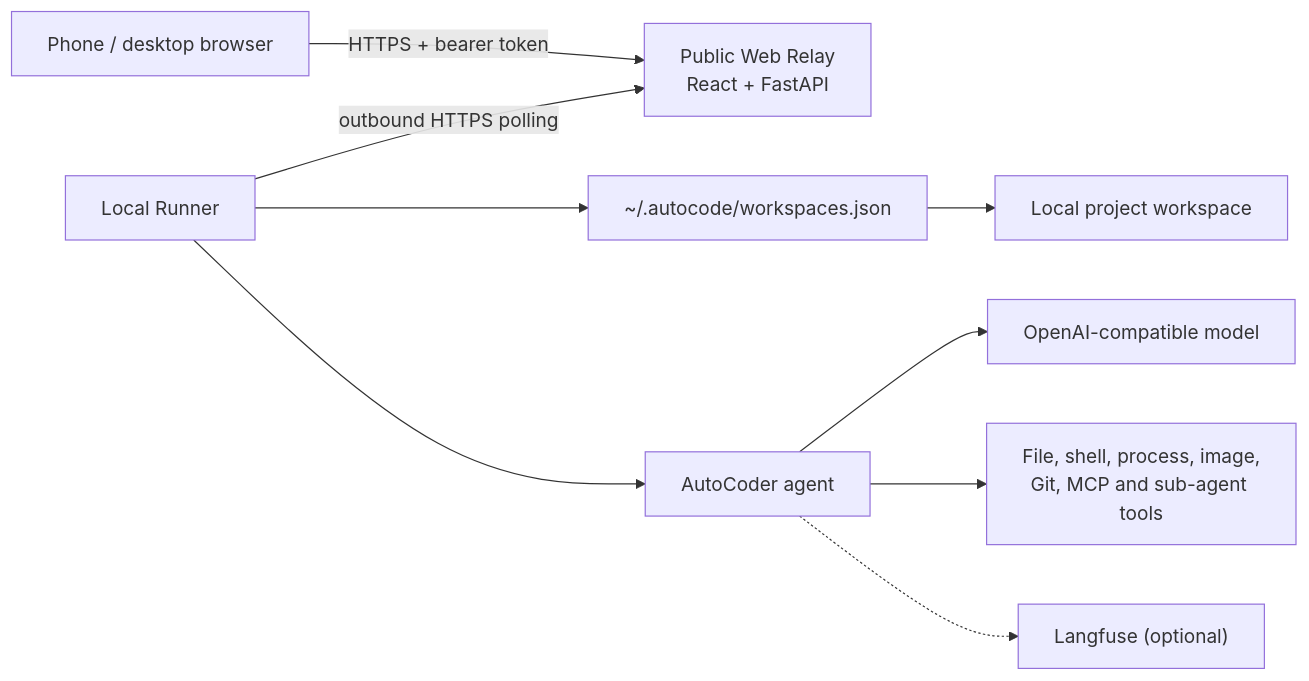
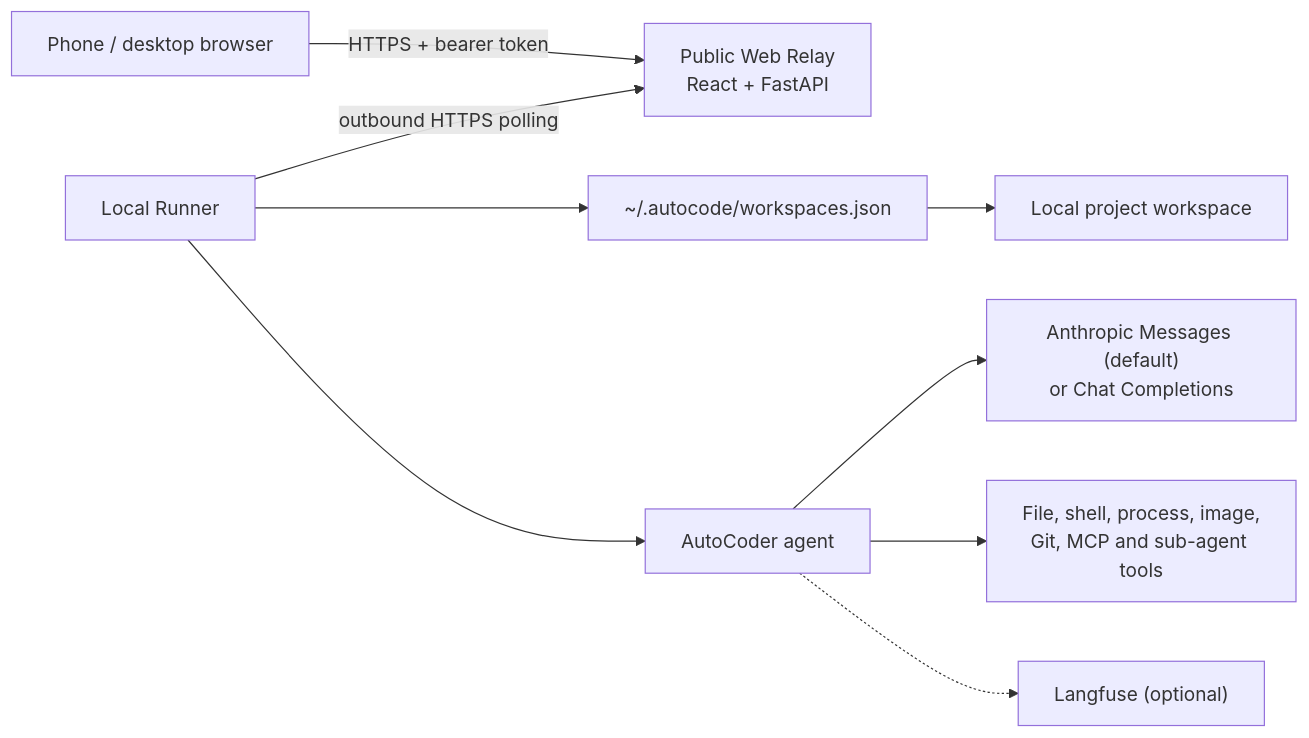
The diagram in README.md (xx2201/AutoCode), drawn with Mermaid before and after one commit. The commit also changed other lines of this file and 16 other files, not shown here.

Commit message:
feat: add native Anthropic Messages protocol

````diff
--- a/README.md
+++ b/README.md
@@ -16,11 +16,11 @@
 ```mermaid
 flowchart LR
     Browser["Phone / desktop browser"] -->|"HTTPS + bearer token"| Relay["Public Web Relay<br/>React + FastAPI"]
     Runner["Local Runner"] -->|"outbound HTTPS polling"| Relay
     Runner --> Registry["~/.autocode/workspaces.json"]
     Registry --> Workspace["Local project workspace"]
     Runner --> Agent["AutoCoder agent"]
-    Agent --> Model["OpenAI-compatible model"]
+    Agent --> Model["Anthropic Messages (default)<br/>or Chat Completions"]
     Agent --> Tools["File, shell, process, image,<br/>Git, MCP and sub-agent tools"]
     Agent -.-> Langfuse["Langfuse (optional)"]
 ```
````
